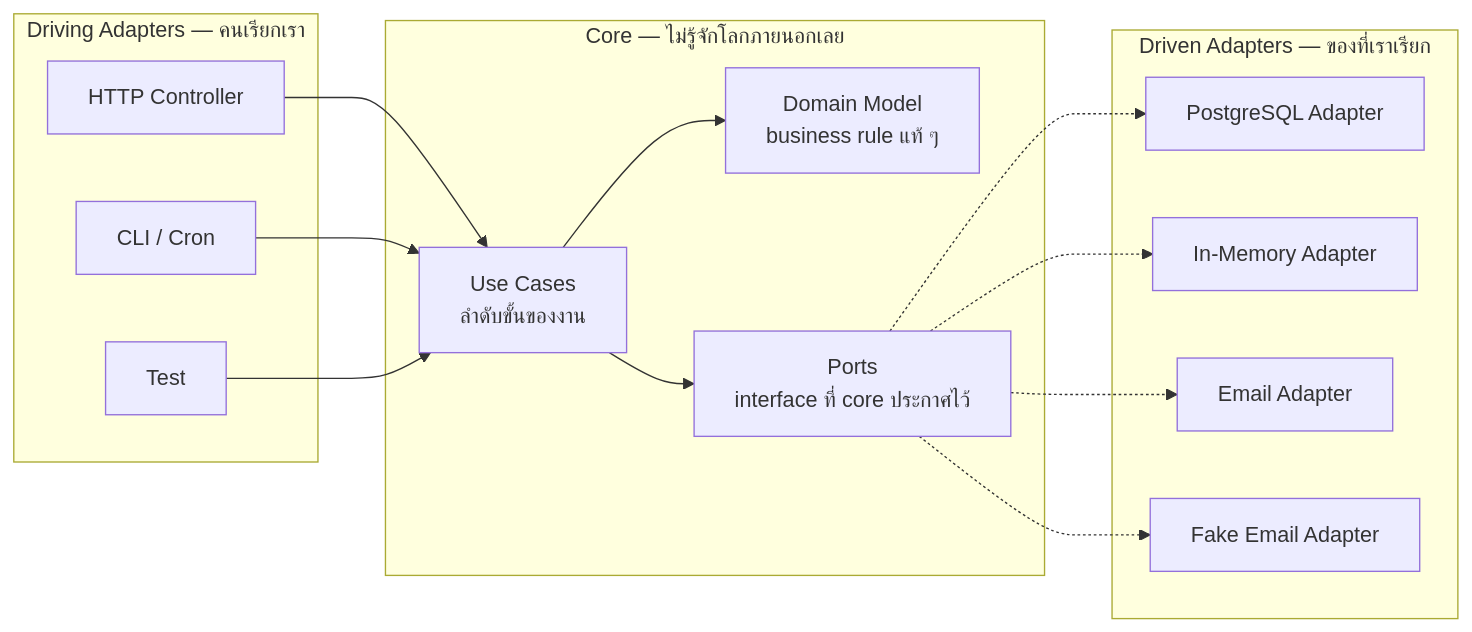
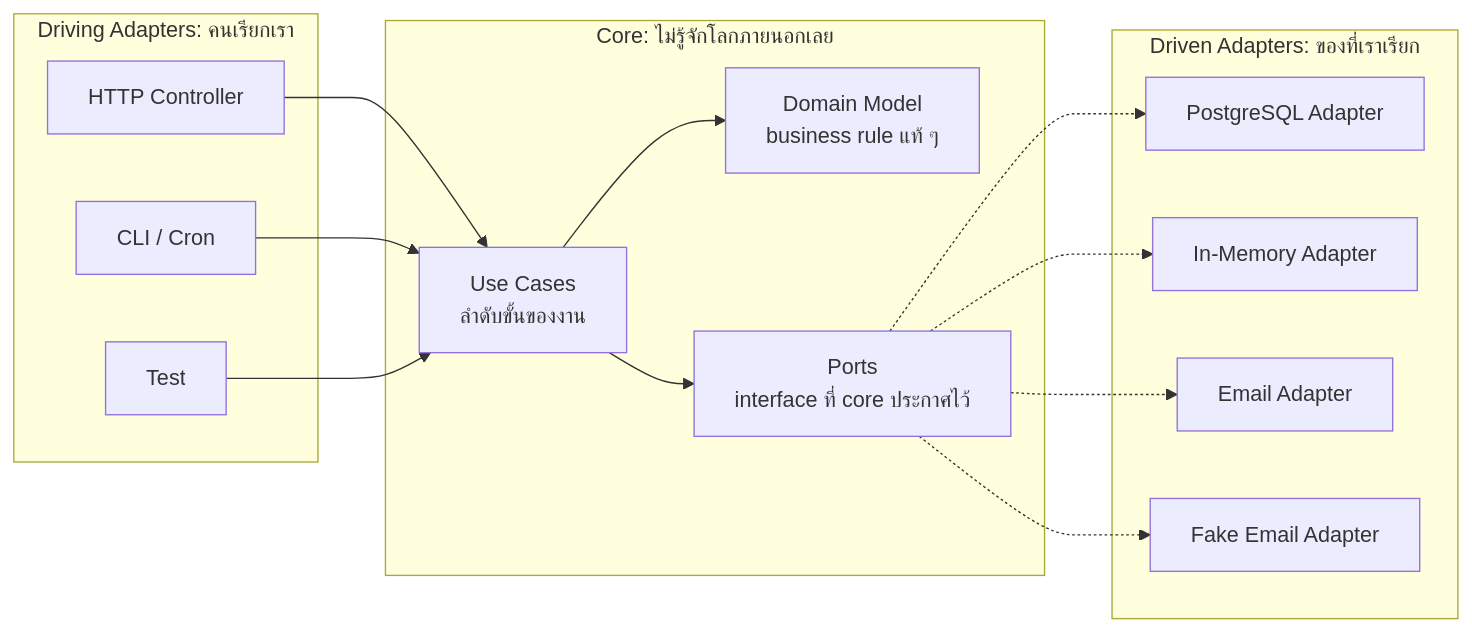
One commit to CE-SDPX/SDPX-AI changed diagram 11 of 25 in readings/04-system-architecture-design.md. Above: the diagram before and after it, drawn with Mermaid. The commit also changed other lines of this file and 6 other files, not shown here.

````diff
--- a/readings/04-system-architecture-design.md
+++ b/readings/04-system-architecture-design.md
@@ -332,29 +331,29 @@
 ```mermaid
 flowchart LR
-    subgraph drivers["Driving Adapters — คนเรียกเรา"]
+    subgraph drivers["Driving Adapters: คนเรียกเรา"]
         HTTP["HTTP Controller"]
         CLI["CLI / Cron"]
         TEST["Test"]
     end
-    subgraph core["Core — ไม่รู้จักโลกภายนอกเลย"]
+    subgraph core["Core: ไม่รู้จักโลกภายนอกเลย"]
         UC["Use Cases<br/>ลำดับขั้นของงาน"]
         DM["Domain Model<br/>business rule แท้ ๆ"]
         PORT["Ports<br/>interface ที่ core ประกาศไว้"]
     end
-    subgraph driven["Driven Adapters — ของที่เราเรียก"]
+    subgraph driven["Driven Adapters: ของที่เราเรียก"]
         PG["PostgreSQL Adapter"]
         MEM["In-Memory Adapter"]
         SMTP["Email Adapter"]
         FAKE["Fake Email Adapter"]
     end
 
     HTTP --> UC
     CLI --> UC
     TEST --> UC
     UC --> DM
     UC --> PORT
     PORT -.-> PG
     PORT -.-> MEM
     PORT -.-> SMTP
     PORT -.-> FAKE
 ```
````
